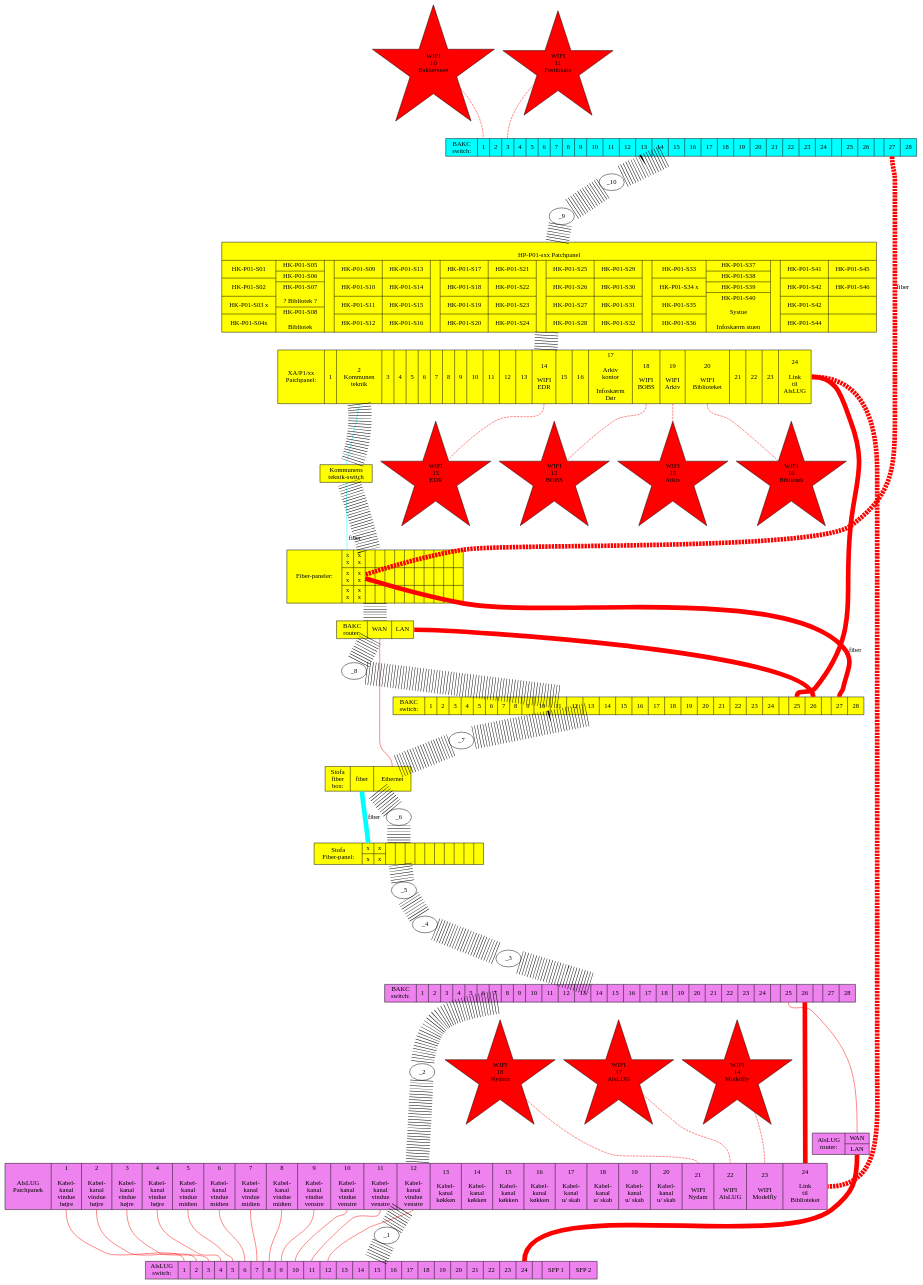
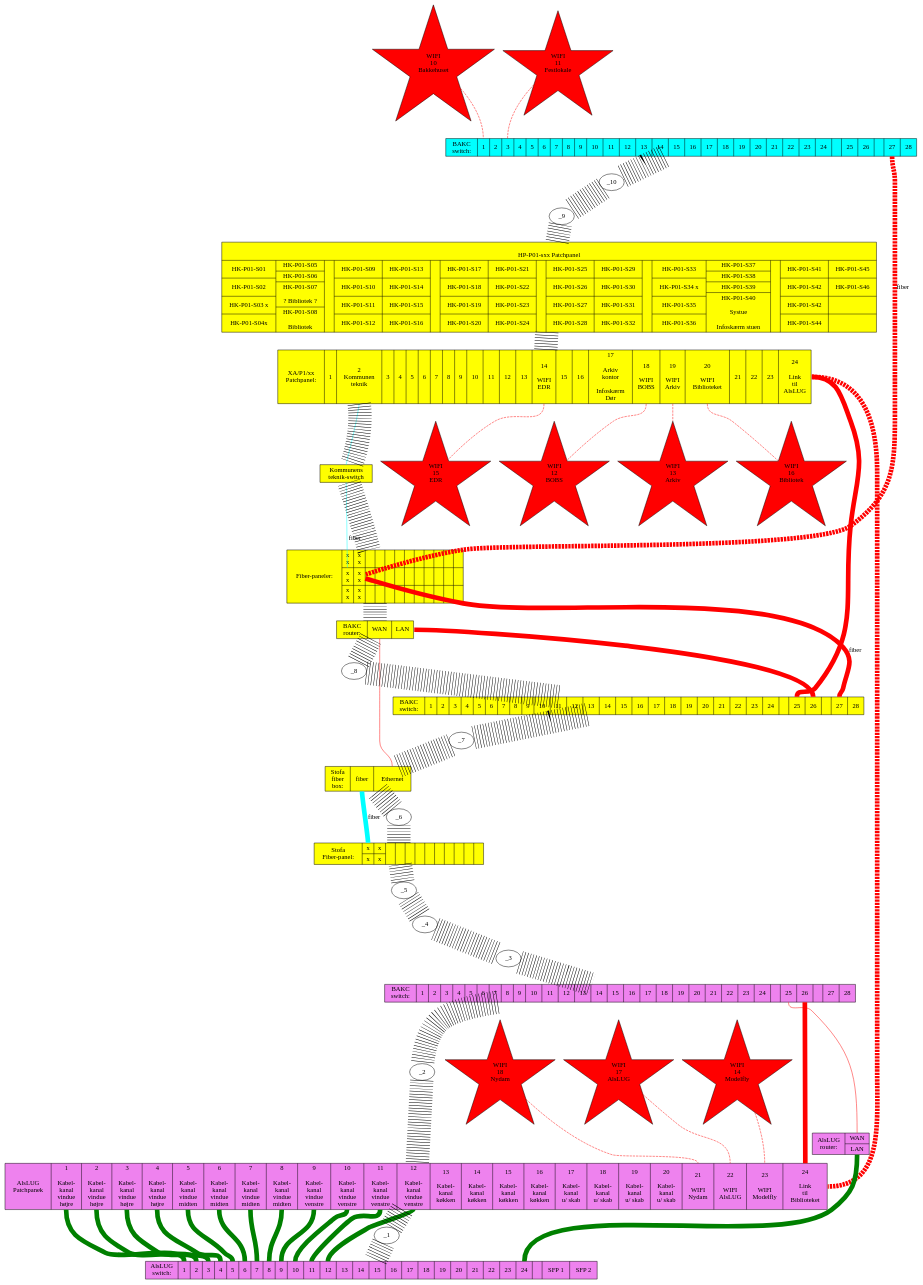
Before and after one commit to alslug/alslug.dk: the diagram in projekter/patch-paneler.dot, drawn with Graphviz.

```diff
--- a/projekter/patch-paneler.dot
+++ b/projekter/patch-paneler.dot
@@ -291,19 +291,6 @@
 				|<sfp_1> SFP 1
 				|<sfp_2> SFP 2
 				" ];
-    edge [ color=red ];
-    alslug_patch:1 -> alslug_switch_skab:1;
-    alslug_patch:2 -> alslug_switch_skab:2;
-    alslug_patch:3 -> alslug_switch_skab:3;
-    alslug_patch:4 -> alslug_switch_skab:4;
-    alslug_patch:5 -> alslug_switch_skab:5;
-    alslug_patch:6 -> alslug_switch_skab:6;
-    alslug_patch:7 -> alslug_switch_skab:7;
-    alslug_patch:8 -> alslug_switch_skab:8;
-    alslug_patch:9 -> alslug_switch_skab:9;
-    alslug_patch:10 -> alslug_switch_skab:10;
-    alslug_patch:11 -> alslug_switch_skab:11;
-    alslug_patch:12 -> alslug_switch_skab:12;
     alslug_router [ shape=record label="AlsLUG\nrouter:|{<wan> WAN|<lan> LAN}" ];
   }
   xa_p1:02 -> kommunens_teknikswitch                                     [ color=cyan ];
@@ -332,7 +319,22 @@
   xa_p1:24 -> alslug_patch:24                                                                       [ color=red penwidth=10 style=dashed ];
               alslug_patch:24-> bakc_alslug_switch:26                                               [ color=red penwidth=10 ];
 	      			bakc_alslug_switch:25 -> alslug_router:wan                          [ color=red penwidth=1 ];
-                                                         alslug_router:lan -> alslug_switch_skab:24 [ color=red penwidth=10 ];
+  {
+    edge [ color=green penwidth=10 ];
+                                                         alslug_router:lan -> alslug_switch_skab:24;
+    alslug_patch:1 -> alslug_switch_skab:1;
+    alslug_patch:2 -> alslug_switch_skab:2;
+    alslug_patch:3 -> alslug_switch_skab:3;
+    alslug_patch:4 -> alslug_switch_skab:4;
+    alslug_patch:5 -> alslug_switch_skab:5;
+    alslug_patch:6 -> alslug_switch_skab:6;
+    alslug_patch:7 -> alslug_switch_skab:7;
+    alslug_patch:8 -> alslug_switch_skab:8;
+    alslug_patch:9 -> alslug_switch_skab:9;
+    alslug_patch:10 -> alslug_switch_skab:10;
+    alslug_patch:11 -> alslug_switch_skab:11;
+    alslug_patch:12 -> alslug_switch_skab:12;
+  }
   
   bakc_festlokale_switch:fiber_1 -> bib_fiberpaneler_1:festlokale_fiber                            [ color=red penwidth=10 label="fiber" style=dashed ];
                                     bib_fiberpaneler_1:festlokale_fiber -> bakc_bib_switch:fiber_1 [ color=red penwidth=10 label="fiber" ];
```
